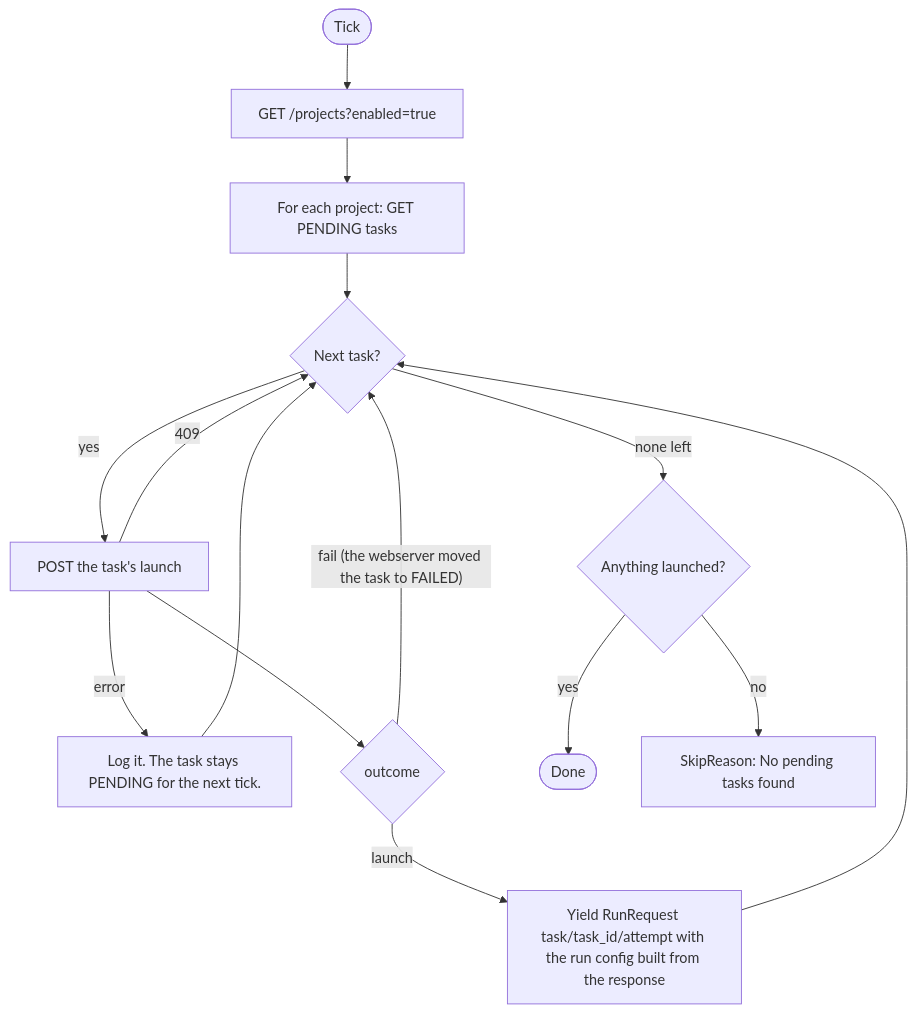
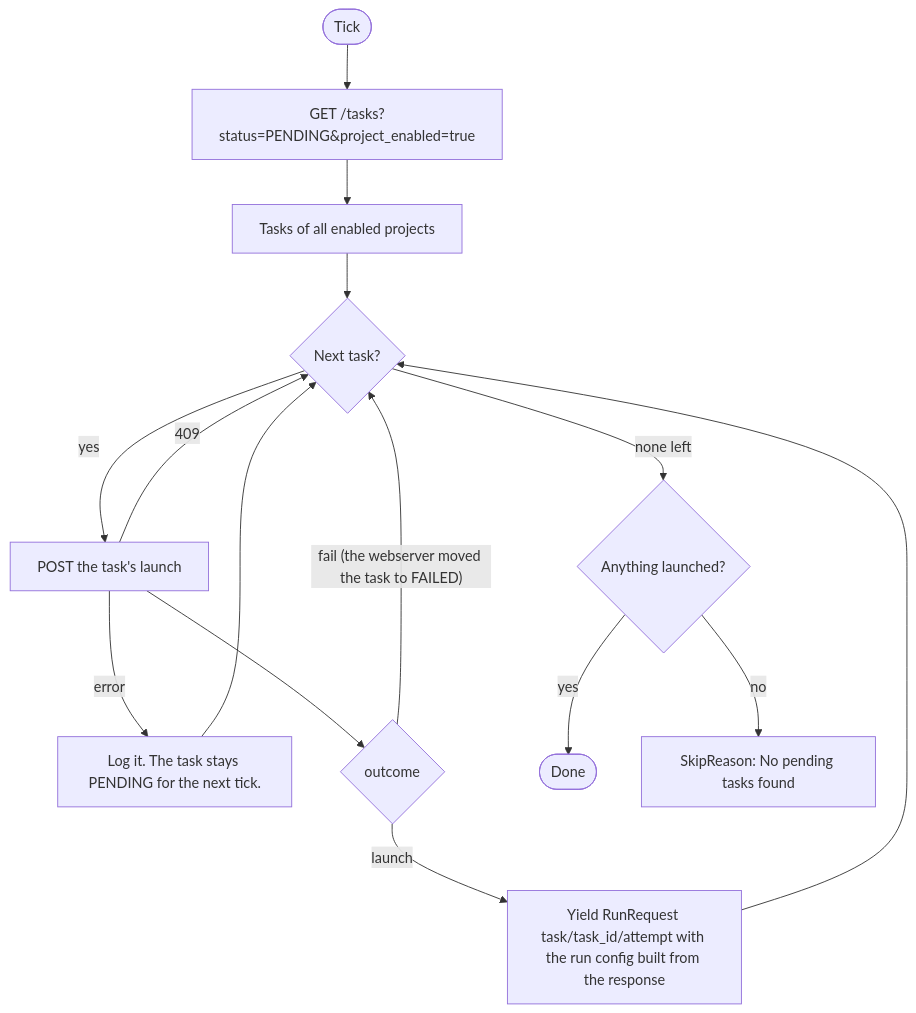
The diagram in docs/architecture/sensors/task-launcher.md (Aridhia-Open-Source/PHEMS_federated_node), drawn with Mermaid before and after one commit. The commit also changed other lines of this file and 4 other files, not shown here.

````diff
--- a/docs/architecture/sensors/task-launcher.md
+++ b/docs/architecture/sensors/task-launcher.md
@@ -27,17 +26,17 @@
 ```mermaid
 flowchart TD
-    A([Tick]) --> B["GET /projects?enabled=true"]
-    B --> C["For each project: GET PENDING tasks"]
+    A([Tick]) --> B["GET /tasks?status=PENDING&project_enabled=true"]
+    B --> C["Tasks of all enabled projects"]
     C --> D{"Next task?"}
     D -->|"none left"| Z{"Anything launched?"}
     D -->|yes| E["POST the task's launch"]
     E -->|error| ERR["Log it. The task stays PENDING for the next tick."]
     ERR --> D
     E -->|409| D
     E --> F{"outcome"}
     F -->|"fail (the webserver moved the task to FAILED)"| D
     F -->|launch| L["Yield RunRequest task/task_id/attempt with the run config built from the response"]
     L --> D
     Z -->|yes| Y([Done])
     Z -->|no| X["SkipReason: No pending tasks found"]
 ```
````
